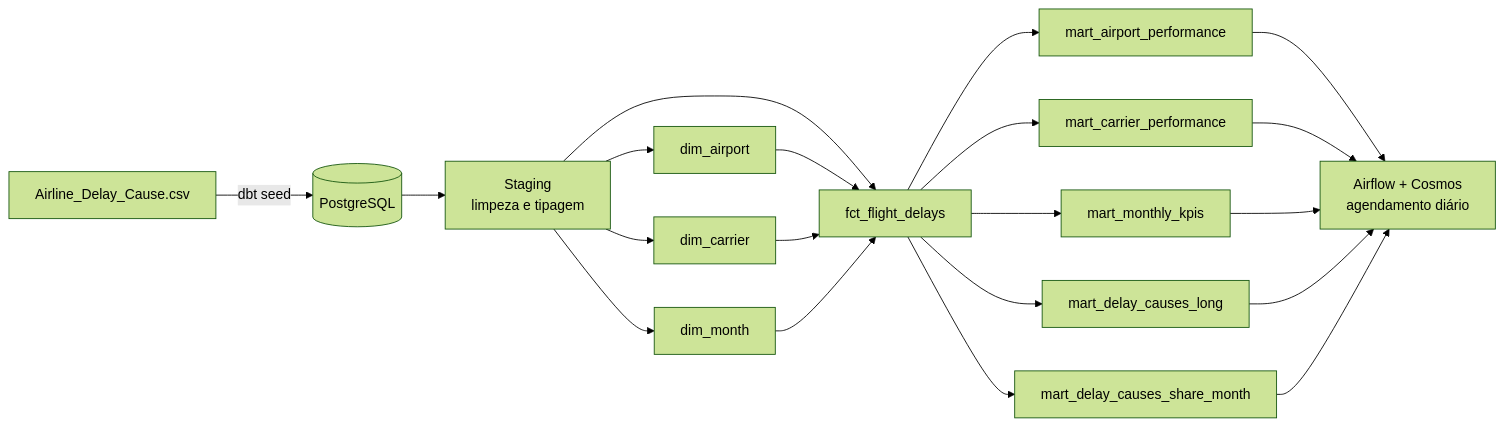
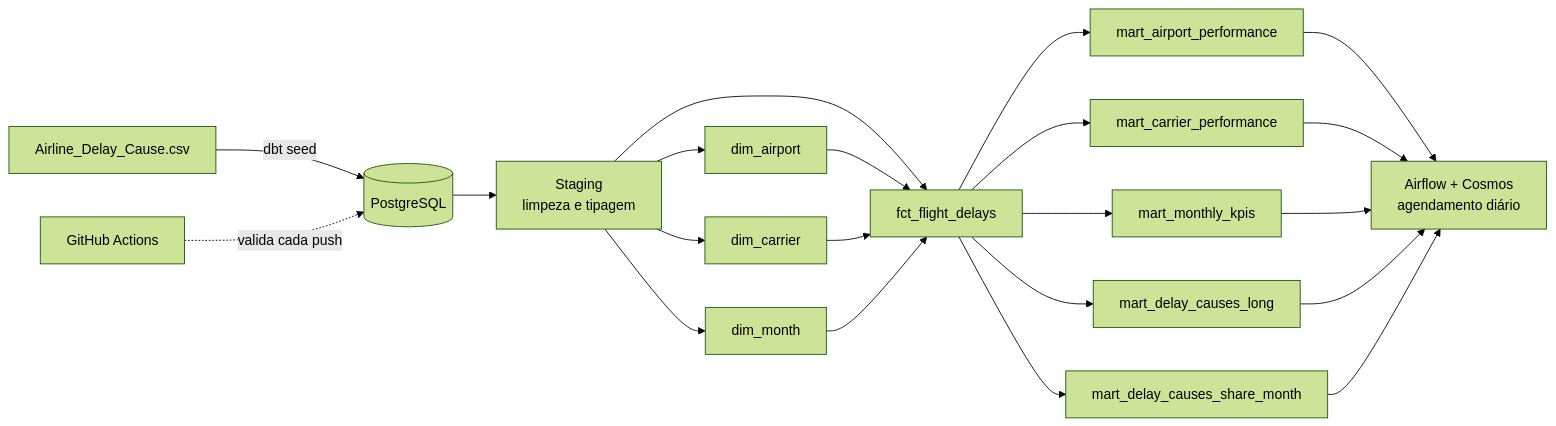
The diagram in README.md (iannfava/data-warehouse-airflow-dbt), drawn with Mermaid (forest theme) before and after one commit. The commit also changed other lines of this file, not shown here.

````diff
--- a/README.md
+++ b/README.md
@@ -11,16 +15,17 @@
 ```mermaid
 flowchart LR
     A[Airline_Delay_Cause.csv] -->|dbt seed| B[(PostgreSQL)]
     B --> C[Staging\nlimpeza e tipagem]
     C --> D1[dim_airport]
     C --> D2[dim_carrier]
     C --> D3[dim_month]
     C --> E[fct_flight_delays]
     D1 & D2 & D3 --> E
     E --> F1[mart_airport_performance]
     E --> F2[mart_carrier_performance]
     E --> F3[mart_monthly_kpis]
     E --> F4[mart_delay_causes_long]
     E --> F5[mart_delay_causes_share_month]
     F1 & F2 & F3 & F4 & F5 --> G[Airflow + Cosmos\nagendamento diário]
+    H[GitHub Actions] -.valida cada push.-> B
 ```
````
